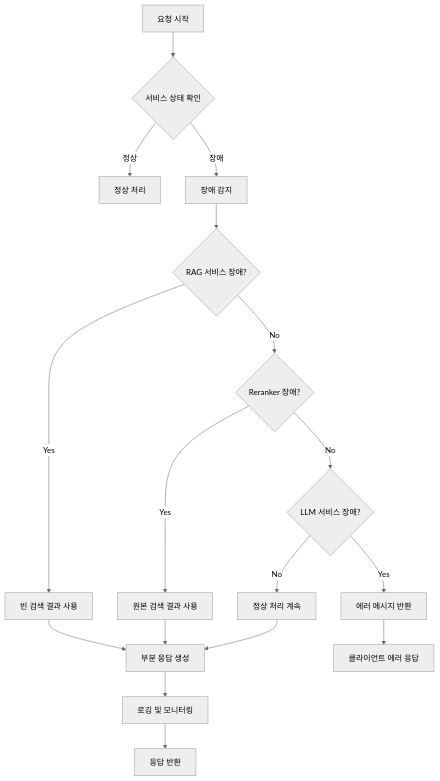
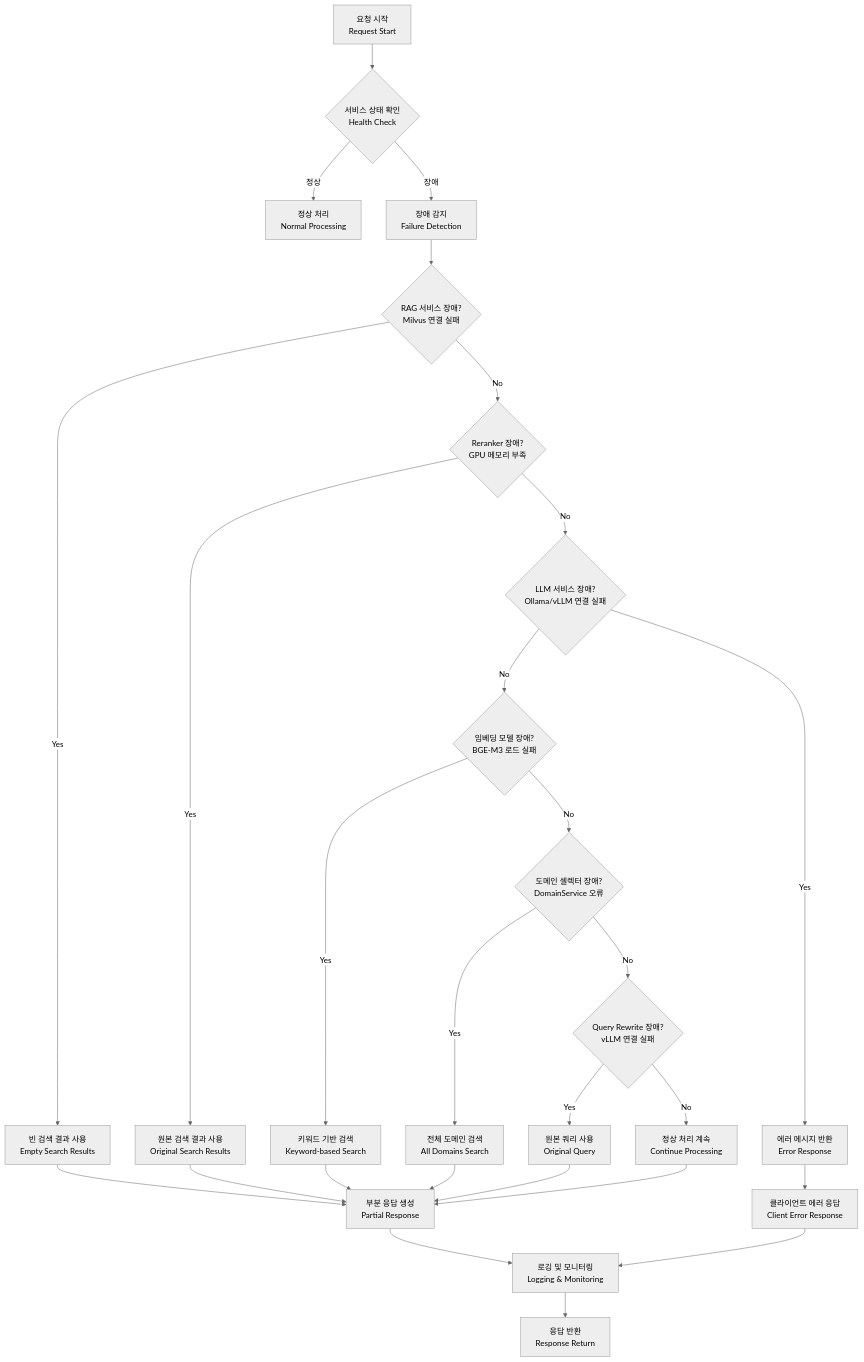
The tenth of 12 diagrams in workflow_diagram.md (FingerAI-Team/uwsgi-fastcgi), drawn with Mermaid (neutral theme) before and after one commit. The commit also changed other lines of this file, not shown here.

Commit message:
다이어그램 업데이트

````diff
--- a/workflow_diagram.md
+++ b/workflow_diagram.md
@@ -204,24 +405,38 @@
 ```mermaid
 flowchart TD
-    A[요청 시작] --> B{서비스 상태 확인}
+    A[요청 시작<br/>Request Start] --> B{서비스 상태 확인<br/>Health Check}
     
-    B -->|정상| C[정상 처리]
-    B -->|장애| D[장애 감지]
+    B -->|정상| C[정상 처리<br/>Normal Processing]
+    B -->|장애| D[장애 감지<br/>Failure Detection]
     
-    D --> E{RAG 서비스 장애?}
-    E -->|Yes| F[빈 검색 결과 사용]
-    E -->|No| G{Reranker 장애?}
+    D --> E{RAG 서비스 장애?<br/>Milvus 연결 실패}
+    E -->|Yes| F[빈 검색 결과 사용<br/>Empty Search Results]
+    E -->|No| G{Reranker 장애?<br/>GPU 메모리 부족}
     
-    G -->|Yes| H[원본 검색 결과 사용]
-    G -->|No| I{LLM 서비스 장애?}
+    G -->|Yes| H[원본 검색 결과 사용<br/>Original Search Results]
+    G -->|No| I{LLM 서비스 장애?<br/>Ollama/vLLM 연결 실패}
     
-    I -->|Yes| J[에러 메시지 반환]
-    I -->|No| K[정상 처리 계속]
+    I -->|Yes| J[에러 메시지 반환<br/>Error Response]
+    I -->|No| K{임베딩 모델 장애?<br/>BGE-M3 로드 실패}
     
-    F --> L[부분 응답 생성]
-    H --> L
-    K --> L
-    J --> M[클라이언트 에러 응답]
-    L --> N[로깅 및 모니터링]
-    N --> O[응답 반환]
+    K -->|Yes| L[키워드 기반 검색<br/>Keyword-based Search]
+    K -->|No| M{도메인 셀렉터 장애?<br/>DomainService 오류}
+    
+    M -->|Yes| N[전체 도메인 검색<br/>All Domains Search]
+    M -->|No| O{Query Rewrite 장애?<br/>vLLM 연결 실패}
+    
+    O -->|Yes| P[원본 쿼리 사용<br/>Original Query]
+    O -->|No| Q[정상 처리 계속<br/>Continue Processing]
+    
+    F --> R[부분 응답 생성<br/>Partial Response]
+    H --> R
+    L --> R
+    N --> R
+    P --> R
+    Q --> R
+    J --> S[클라이언트 에러 응답<br/>Client Error Response]
+    
+    R --> T[로깅 및 모니터링<br/>Logging & Monitoring]
+    S --> T
+    T --> U[응답 반환<br/>Response Return]
 ```
````
